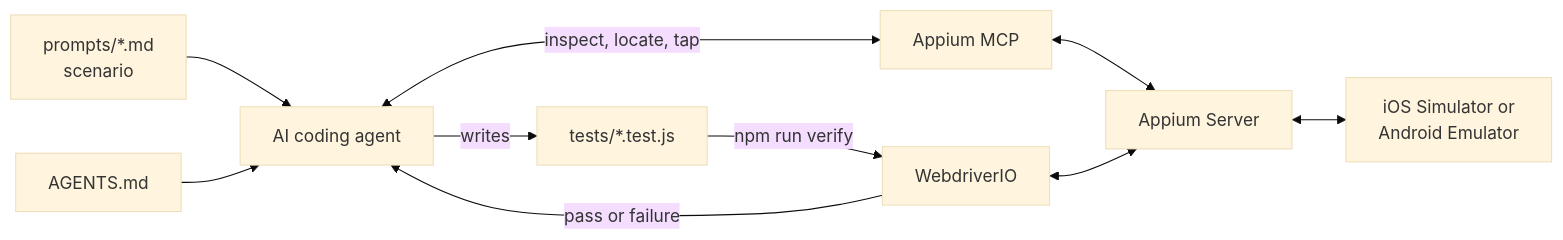
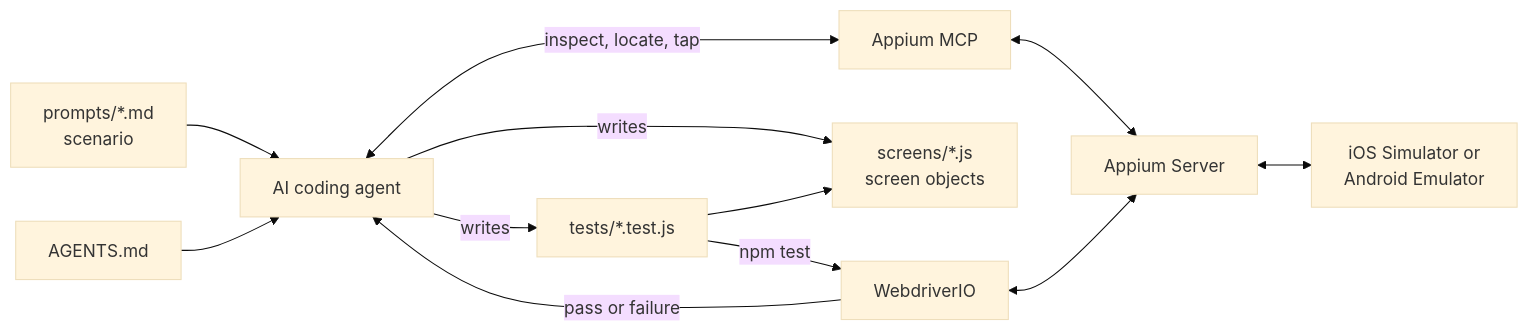
The diagram in README.md (yashwant-das/ai-js-appium-mcp), drawn with Mermaid (base theme) before and after one commit. The commit also changed other lines of this file and 4 other files, not shown here.

````diff
--- a/README.md
+++ b/README.md
@@ -19,12 +19,14 @@
 ```mermaid
 flowchart LR
     Prompt[prompts/*.md<br/>scenario] --> Agent[AI coding agent]
     Rules[AGENTS.md] --> Agent
     Agent <-->|inspect, locate, tap| MCP[Appium MCP]
     MCP <--> Appium[Appium Server]
     Appium <--> Device[iOS Simulator or<br/>Android Emulator]
     Agent -->|writes| Test[tests/*.test.js]
-    Test -->|npm run verify| WDIO[WebdriverIO]
+    Agent -->|writes| Screens[screens/*.js<br/>screen objects]
+    Test --> Screens
+    Test -->|npm test| WDIO[WebdriverIO]
     WDIO <--> Appium
     WDIO -->|pass or failure| Agent
 ```
````
